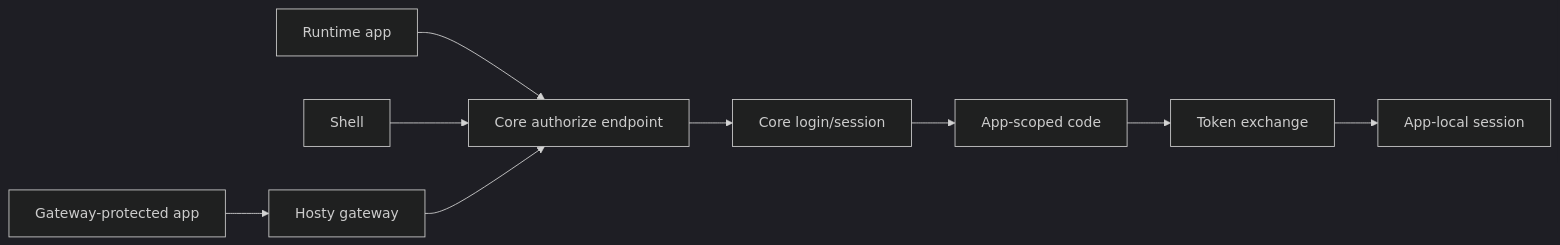
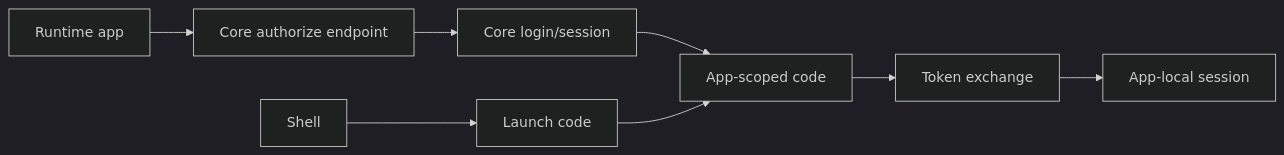
One commit to alex-de-haas/docker-host changed the diagram in docs/planning/app-auth-and-origin-separation.md. Above: the diagram before and after it, drawn with Mermaid (dark theme). The commit also changed other lines of this file and 10 other files, not shown here.

````diff
--- a/docs/planning/app-auth-and-origin-separation.md
+++ b/docs/planning/app-auth-and-origin-separation.md
@@ -17,11 +21,10 @@
 ```mermaid
 flowchart LR
   A["Runtime app"] --> B["Core authorize endpoint"]
   B --> C["Core login/session"]
   C --> D["App-scoped code"]
   D --> E["Token exchange"]
   E --> F["App-local session"]
-  G["Shell"] --> B
-  H["Gateway-protected app"] --> I["Hosty gateway"]
-  I --> B
+  G["Shell"] --> H["Launch code"]
+  H --> D
 ```
````
